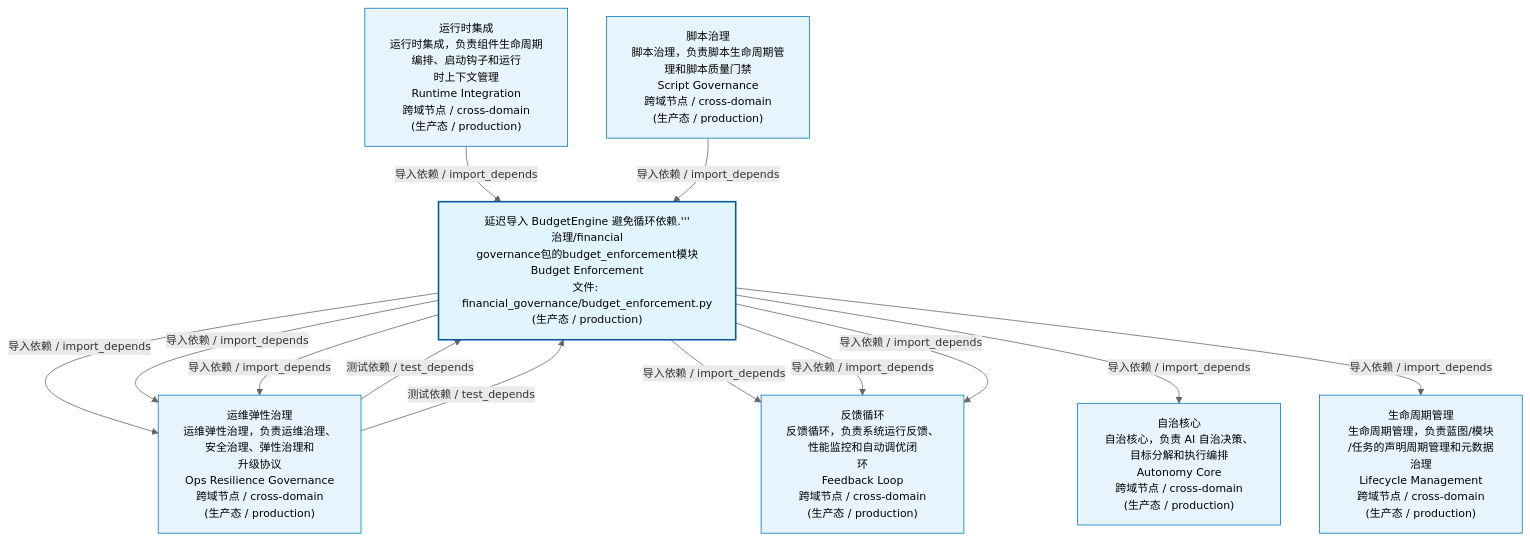
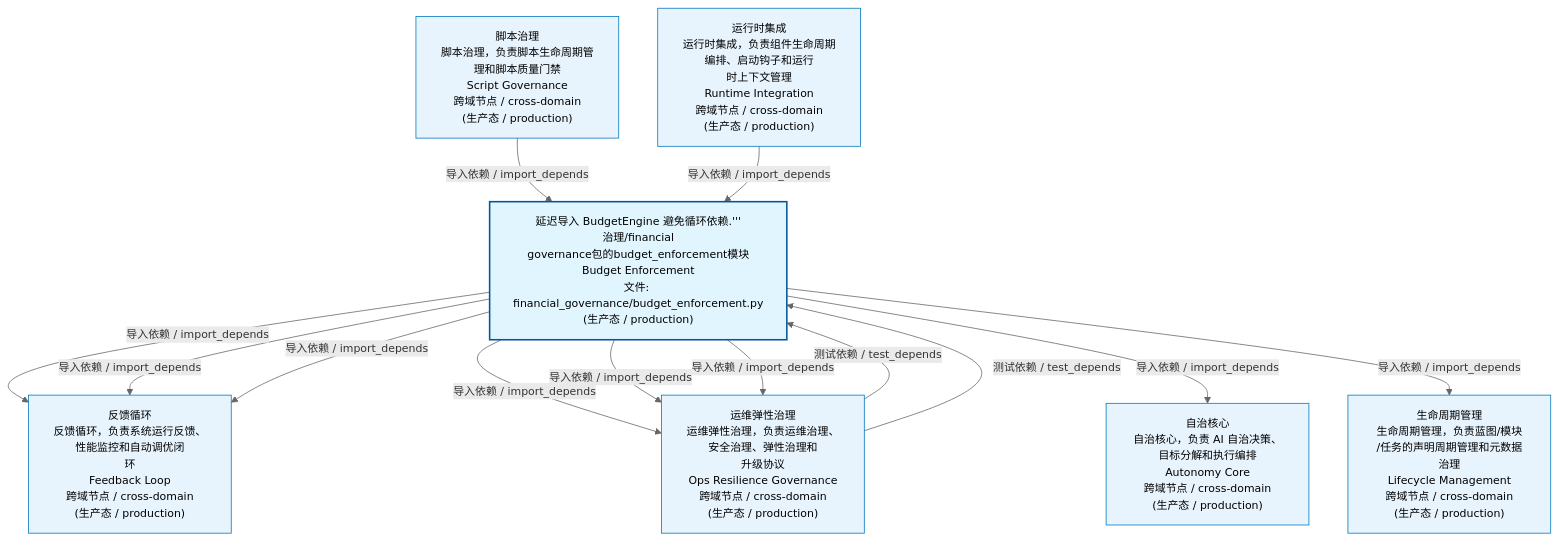
The first of 3 diagrams in docs/02_enterprise_architecture/02_domain_architecture_docs/54_d_gov_repair.md (xuanFelixVan/ZephyrAlpha), drawn with Mermaid before and after one commit. The commit also changed 150 other files, not shown here.

````diff
--- a/docs/02_enterprise_architecture/02_domain_architecture_docs/54_d_gov_repair.md
+++ b/docs/02_enterprise_architecture/02_domain_architecture_docs/54_d_gov_repair.md
@@ -53,29 +53,29 @@
 ```mermaid
 %%{init: {'theme': 'base', 'themeVariables': {'primaryColor': '#eaeaea', 'primaryTextColor': '#333333', 'primaryBorderColor': '#666666', 'lineColor': '#666666', 'secondaryColor': '#eaeaea', 'tertiaryColor': '#eaeaea', 'fontSize': '14px'}}}%%
 flowchart TD
     src_zephyr_governance_financial_governance_budget_enforcement_py["延迟导入 BudgetEngine 避免循环依赖.'''<br/>治理/financial<br/>governance包的budget_enforcement模块<br/>Budget Enforcement<br/>文件: financial_governance/budget_enforcement.py<br/>(生产态 / production)"]
+    D_OPS["反馈循环<br/>反馈循环，负责系统运行反馈、性能监控和自动调优闭<br/>环<br/>Feedback Loop<br/>跨域节点 / cross-domain<br/>(生产态 / production)"]
+    src_zephyr_governance_financial_governance_budget_enforcement_py -->|导入依赖 / import_depends| D_OPS
     D_GOV_OPS_RESILIENCE["运维弹性治理<br/>运维弹性治理，负责运维治理、安全治理、弹性治理和<br/>升级协议<br/>Ops Resilience Governance<br/>跨域节点 / cross-domain<br/>(生产态 / production)"]
     src_zephyr_governance_financial_governance_budget_enforcement_py -->|导入依赖 / import_depends| D_GOV_OPS_RESILIENCE
-    D_OPS["反馈循环<br/>反馈循环，负责系统运行反馈、性能监控和自动调优闭<br/>环<br/>Feedback Loop<br/>跨域节点 / cross-domain<br/>(生产态 / production)"]
-    src_zephyr_governance_financial_governance_budget_enforcement_py -->|导入依赖 / import_depends| D_OPS
     src_zephyr_governance_financial_governance_budget_enforcement_py -->|导入依赖 / import_depends| D_GOV_OPS_RESILIENCE
     src_zephyr_governance_financial_governance_budget_enforcement_py -->|导入依赖 / import_depends| D_OPS
     src_zephyr_governance_financial_governance_budget_enforcement_py -->|导入依赖 / import_depends| D_GOV_OPS_RESILIENCE
     src_zephyr_governance_financial_governance_budget_enforcement_py -->|导入依赖 / import_depends| D_OPS
     D_AUTONOMY_CORE["自治核心<br/>自治核心，负责 AI 自治决策、目标分解和执行编排<br/>Autonomy Core<br/>跨域节点 / cross-domain<br/>(生产态 / production)"]
     src_zephyr_governance_financial_governance_budget_enforcement_py -->|导入依赖 / import_depends| D_AUTONOMY_CORE
     D_GOVERNANCE["生命周期管理<br/>生命周期管理，负责蓝图/模块<br/>/任务的声明周期管理和元数据治理<br/>Lifecycle Management<br/>跨域节点 / cross-domain<br/>(生产态 / production)"]
     src_zephyr_governance_financial_governance_budget_enforcement_py -->|导入依赖 / import_depends| D_GOVERNANCE
+    D_GOV_SCRIPTS["脚本治理<br/>脚本治理，负责脚本生命周期管理和脚本质量门禁<br/>Script Governance<br/>跨域节点 / cross-domain<br/>(生产态 / production)"]
+    D_GOV_SCRIPTS -->|导入依赖 / import_depends| src_zephyr_governance_financial_governance_budget_enforcement_py
     D_INFRA_RUNTIME["运行时集成<br/>运行时集成，负责组件生命周期编排、启动钩子和运行<br/>时上下文管理<br/>Runtime Integration<br/>跨域节点 / cross-domain<br/>(生产态 / production)"]
     D_INFRA_RUNTIME -->|导入依赖 / import_depends| src_zephyr_governance_financial_governance_budget_enforcement_py
-    D_GOV_SCRIPTS["脚本治理<br/>脚本治理，负责脚本生命周期管理和脚本质量门禁<br/>Script Governance<br/>跨域节点 / cross-domain<br/>(生产态 / production)"]
-    D_GOV_SCRIPTS -->|导入依赖 / import_depends| src_zephyr_governance_financial_governance_budget_enforcement_py
     D_GOV_OPS_RESILIENCE -->|测试依赖 / test_depends| src_zephyr_governance_financial_governance_budget_enforcement_py
     D_GOV_OPS_RESILIENCE -->|测试依赖 / test_depends| src_zephyr_governance_financial_governance_budget_enforcement_py
     classDef production fill:#e1f5fe,stroke:#01579b,stroke-width:2px,color:#000
     classDef design fill:#fff3e0,stroke:#e65100,stroke-width:2px,color:#000,stroke-dasharray: 5 5
     classDef external_prod fill:#e8f4fd,stroke:#0277bd,stroke-width:1px,color:#000
     classDef external_design fill:#fff8e7,stroke:#ef6c00,stroke-width:1px,color:#000,stroke-dasharray: 5 5
     class src_zephyr_governance_financial_governance_budget_enforcement_py production
-    class D_GOV_OPS_RESILIENCE,D_OPS,D_AUTONOMY_CORE,D_GOVERNANCE,D_INFRA_RUNTIME,D_GOV_SCRIPTS external_prod
+    class D_OPS,D_GOV_OPS_RESILIENCE,D_AUTONOMY_CORE,D_GOVERNANCE,D_GOV_SCRIPTS,D_INFRA_RUNTIME external_prod
 ```
````
